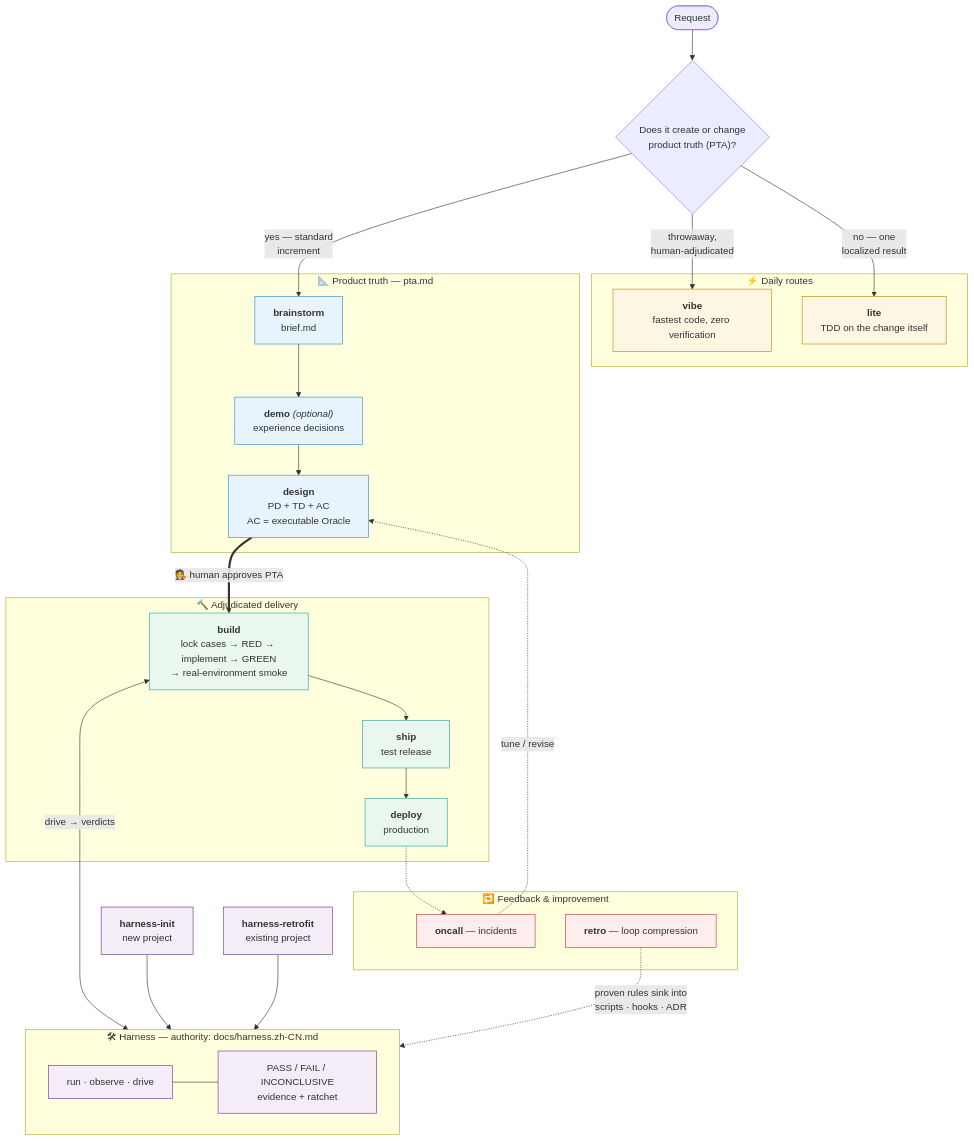
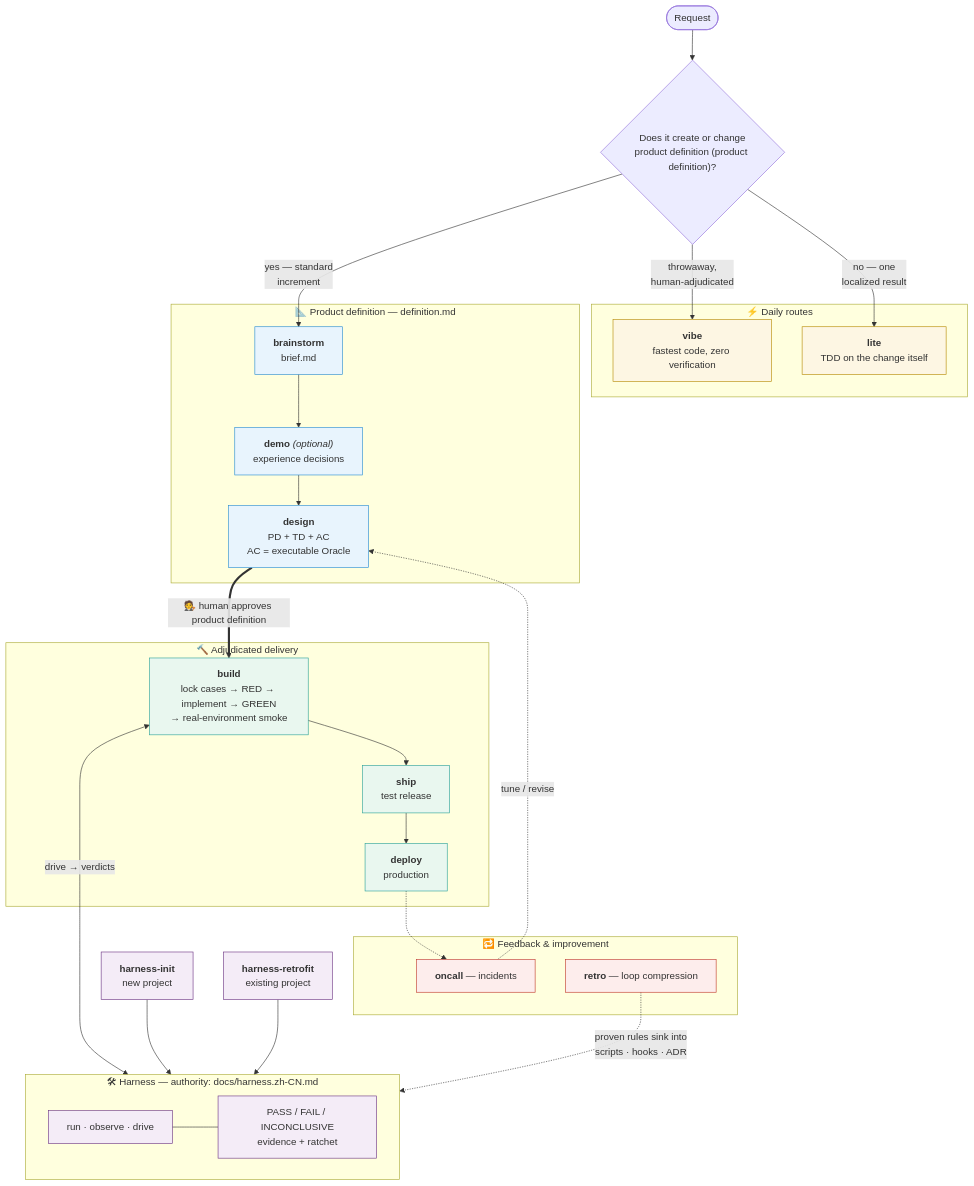
Before and after one commit to wallkop/opc-develop: the first of 2 diagrams in README.md, drawn with Mermaid. The commit also changed other lines of this file and 12 other files, not shown here.

First line of the commit message:
rename: PTA/产品真相 → 产品定义 (Product Definition), pta.md → definition.md

````diff
--- a/README.md
+++ b/README.md
@@ -69,51 +69,51 @@
 ```mermaid
 flowchart TB
-    REQ(["Request"]) --> ROUTE{"Does it create or change<br/>product truth (PTA)?"}
+    REQ(["Request"]) --> ROUTE{"Does it create or change<br/>product definition (product definition)?"}
     ROUTE -->|"throwaway,<br/>human-adjudicated"| VIBE
     ROUTE -->|"no — one<br/>localized result"| LITE
     ROUTE -->|"yes — standard<br/>increment"| BS
 
     subgraph DAILY["⚡ Daily routes"]
         VIBE["<b>vibe</b><br/>fastest code, zero verification"]
         LITE["<b>lite</b><br/>TDD on the change itself"]
     end
 
-    subgraph PTA["📐 Product truth — pta.md"]
+    subgraph DEF["📐 Product definition — definition.md"]
         BS["<b>brainstorm</b><br/>brief.md"] --> DEMO["<b>demo</b> <i>(optional)</i><br/>experience decisions"]
         DEMO --> DESIGN["<b>design</b><br/>PD + TD + AC<br/>AC = executable Oracle"]
     end
 
-    DESIGN ==>|"🧑‍⚖️ human approves PTA"| BUILD
+    DESIGN ==>|"🧑‍⚖️ human approves product definition"| BUILD
 
     subgraph DELIVER["🔨 Adjudicated delivery"]
         BUILD["<b>build</b><br/>lock cases → RED → implement → GREEN<br/>→ real-environment smoke"] --> SHIP["<b>ship</b><br/>test release"]
         SHIP --> DEPLOY["<b>deploy</b><br/>production"]
     end
 
     subgraph HARNESS["🛠 Harness — authority: docs/harness.zh-CN.md"]
         VERBS["run · observe · drive"] --- VERDICT["PASS / FAIL / INCONCLUSIVE<br/>evidence + ratchet"]
     end
 
     BUILD <-->|"drive → verdicts"| HARNESS
     HINIT["<b>harness-init</b><br/>new project"] --> HARNESS
     HRETRO["<b>harness-retrofit</b><br/>existing project"] --> HARNESS
 
     subgraph LOOP["🔁 Feedback & improvement"]
         ONCALL["<b>oncall</b> — incidents"]
         RETRO["<b>retro</b> — loop compression"]
     end
     DEPLOY -.-> ONCALL
     ONCALL -.->|"tune / revise"| DESIGN
     RETRO -.->|"proven rules sink into<br/>scripts · hooks · ADR"| HARNESS
 
     classDef daily fill:#fdf6e3,stroke:#b58900,color:#333
     classDef truth fill:#e8f4fd,stroke:#268bd2,color:#333
     classDef deliver fill:#e9f7ef,stroke:#2aa198,color:#333
     classDef harness fill:#f4ecf7,stroke:#6c3483,color:#333
     classDef loop fill:#fdedec,stroke:#c0392b,color:#333
     class VIBE,LITE daily
     class BS,DEMO,DESIGN truth
     class BUILD,SHIP,DEPLOY deliver
     class VERBS,VERDICT,HINIT,HRETRO harness
     class ONCALL,RETRO loop
 ```
````
